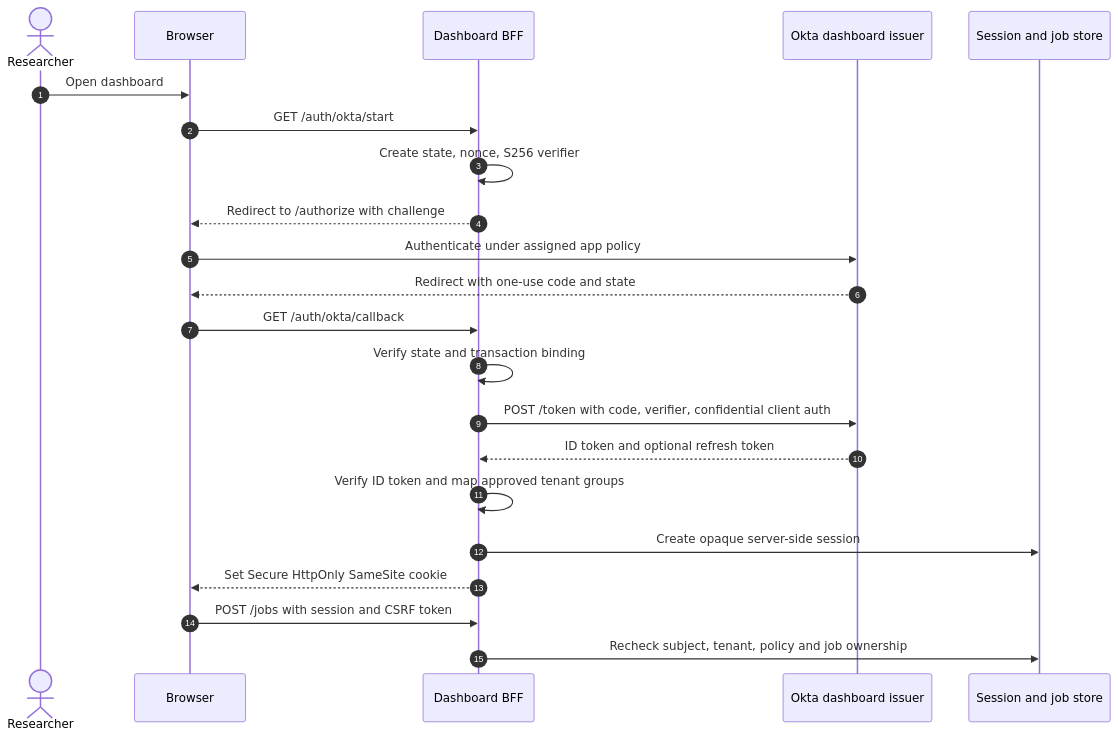
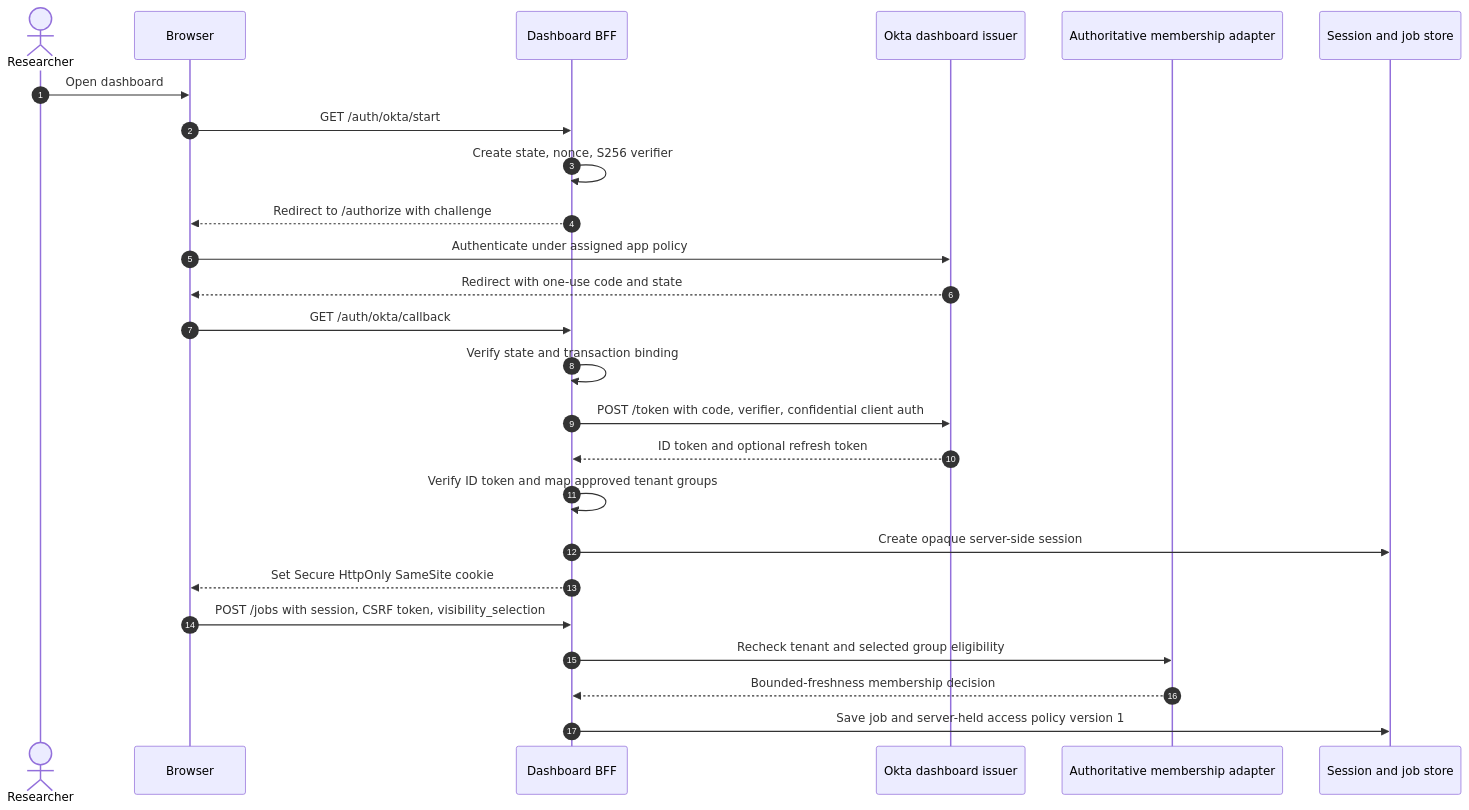
One commit to gvaibhav/openshell-deep-research-platform changed the second of 8 diagrams in docs/okta/requirements-and-design.md. Above: the diagram before and after it, drawn with Mermaid. The commit also changed other lines of this file and 41 other files, not shown here.

First line of the commit message:
Enhance job access control and evidence handling

````diff
--- a/docs/okta/requirements-and-design.md
+++ b/docs/okta/requirements-and-design.md
@@ -81,24 +82,27 @@
 ```mermaid
 sequenceDiagram
     autonumber
     actor Researcher
     participant Browser
     participant BFF as Dashboard BFF
     participant Okta as Okta dashboard issuer
+    participant Directory as Authoritative membership adapter
     participant Store as Session and job store
     Researcher->>Browser: Open dashboard
     Browser->>BFF: GET /auth/okta/start
     BFF->>BFF: Create state, nonce, S256 verifier
     BFF-->>Browser: Redirect to /authorize with challenge
     Browser->>Okta: Authenticate under assigned app policy
     Okta-->>Browser: Redirect with one-use code and state
     Browser->>BFF: GET /auth/okta/callback
     BFF->>BFF: Verify state and transaction binding
     BFF->>Okta: POST /token with code, verifier, confidential client auth
     Okta-->>BFF: ID token and optional refresh token
     BFF->>BFF: Verify ID token and map approved tenant groups
     BFF->>Store: Create opaque server-side session
     BFF-->>Browser: Set Secure HttpOnly SameSite cookie
-    Browser->>BFF: POST /jobs with session and CSRF token
-    BFF->>Store: Recheck subject, tenant, policy and job ownership
+    Browser->>BFF: POST /jobs with session, CSRF token, visibility_selection
+    BFF->>Directory: Recheck tenant and selected group eligibility
+    Directory-->>BFF: Bounded-freshness membership decision
+    BFF->>Store: Save job and server-held access policy version 1
 ```
````
